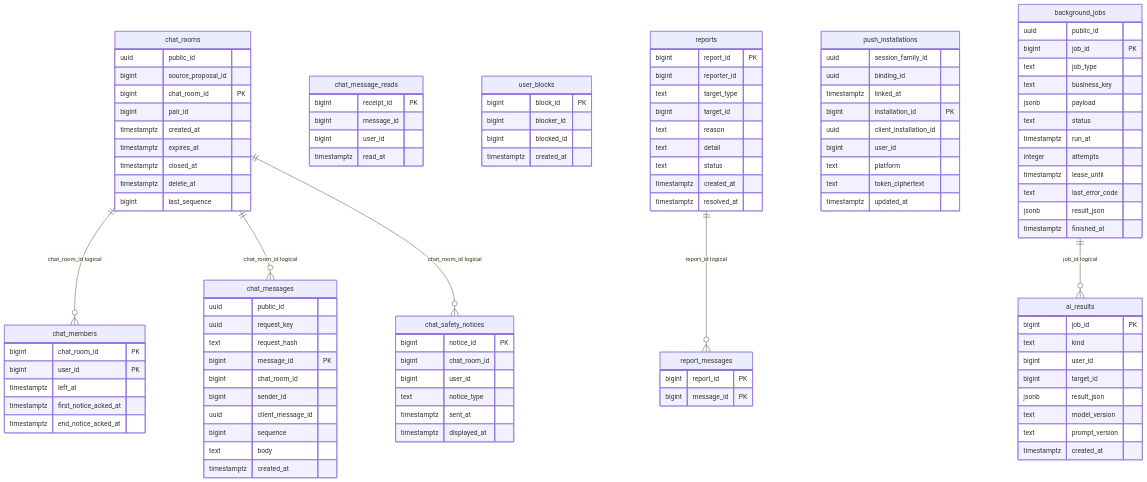
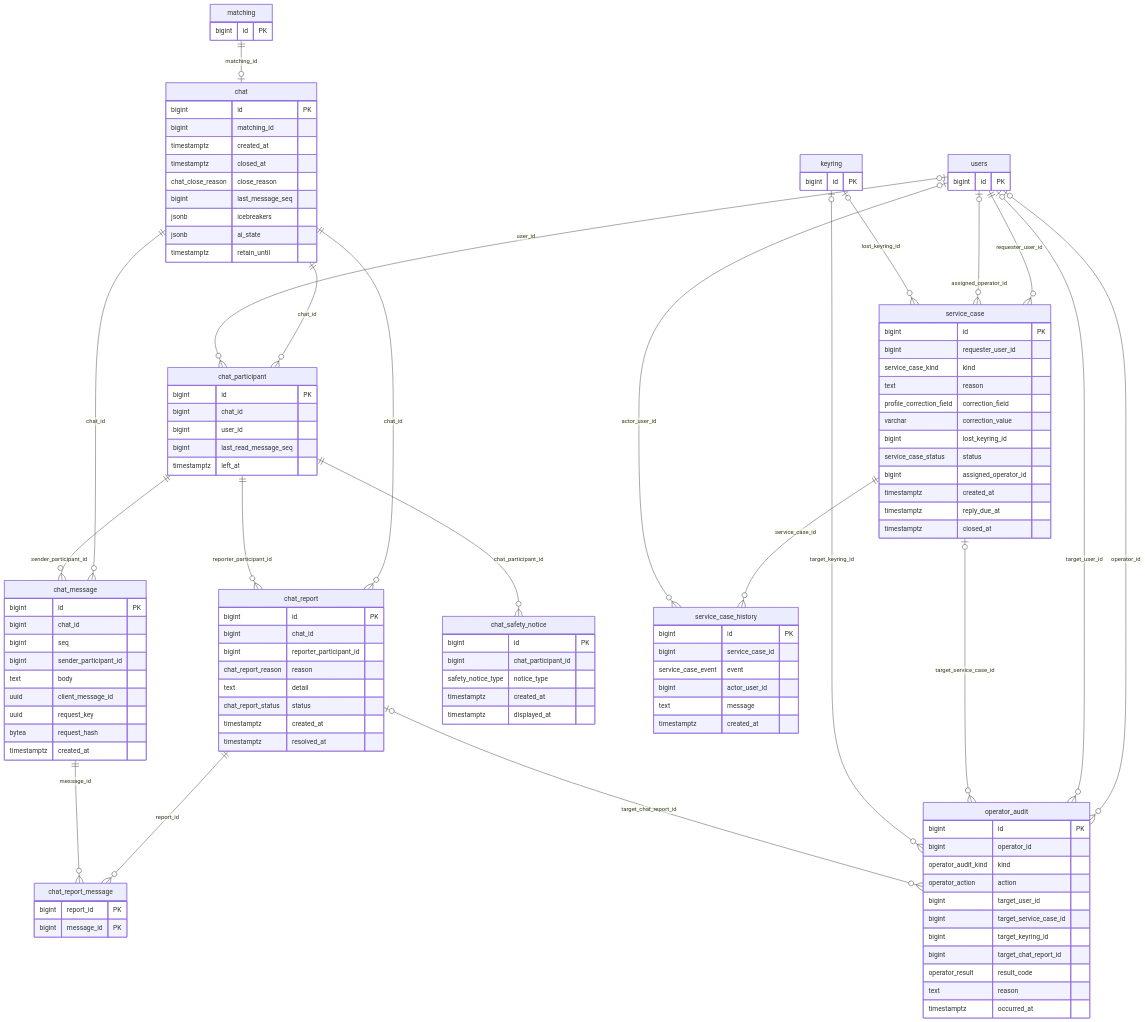
One commit to j-moo/Tingle changed the diagram in docs/database/erd-4.mmd. Above: the diagram before and after it, drawn with Mermaid. The commit also changed 33 other files, not shown here.

Commit message:
docs: 최신 21개 테이블 기준 담당 API와 ERD 문서 정합화

```diff
--- a/docs/database/erd-4.mmd
+++ b/docs/database/erd-4.mmd
@@ -1,106 +1,116 @@
+%% ERD21 design view; relationships are logical, not production FK proof.
 erDiagram
-    chat_rooms {
-        uuid public_id
-        bigint source_proposal_id
-        bigint chat_room_id PK
-        bigint pair_id
+    chat {
+        bigint id PK
+        bigint matching_id
         timestamptz created_at
-        timestamptz expires_at
         timestamptz closed_at
-        timestamptz delete_at
-        bigint last_sequence
+        chat_close_reason close_reason
+        bigint last_message_seq
+        jsonb icebreakers
+        jsonb ai_state
+        timestamptz retain_until
     }
-    chat_members {
-        bigint chat_room_id PK
-        bigint user_id PK
+    chat_participant {
+        bigint id PK
+        bigint chat_id
+        bigint user_id
+        bigint last_read_message_seq
         timestamptz left_at
-        timestamptz first_notice_acked_at
-        timestamptz end_notice_acked_at
     }
-    chat_messages {
-        uuid public_id
+    chat_message {
+        bigint id PK
+        bigint chat_id
+        bigint seq
+        bigint sender_participant_id
+        text body
+        uuid client_message_id
         uuid request_key
-        text request_hash
-        bigint message_id PK
-        bigint chat_room_id
-        bigint sender_id
-        uuid client_message_id
-        bigint sequence
-        text body
+        bytea request_hash
         timestamptz created_at
     }
-    chat_message_reads {
-        bigint receipt_id PK
-        bigint message_id
-        bigint user_id
-        timestamptz read_at
-    }
-    chat_safety_notices {
-        bigint notice_id PK
-        bigint chat_room_id
-        bigint user_id
-        text notice_type
-        timestamptz sent_at
-        timestamptz displayed_at
-    }
-    user_blocks {
-        bigint block_id PK
-        bigint blocker_id
-        bigint blocked_id
-        timestamptz created_at
-    }
-    reports {
-        bigint report_id PK
-        bigint reporter_id
-        text target_type
-        bigint target_id
-        text reason
+    chat_report {
+        bigint id PK
+        bigint chat_id
+        bigint reporter_participant_id
+        chat_report_reason reason
         text detail
-        text status
+        chat_report_status status
         timestamptz created_at
         timestamptz resolved_at
     }
-    report_messages {
+    chat_report_message {
         bigint report_id PK
         bigint message_id PK
     }
-    ai_results {
-        bigint job_id PK
-        text kind
-        bigint user_id
-        bigint target_id
-        jsonb result_json
-        text model_version
-        text prompt_version
+    chat_safety_notice {
+        bigint id PK
+        bigint chat_participant_id
+        safety_notice_type notice_type
+        timestamptz created_at
+        timestamptz displayed_at
+    }
+    operator_audit {
+        bigint id PK
+        bigint operator_id
+        operator_audit_kind kind
+        operator_action action
+        bigint target_user_id
+        bigint target_service_case_id
+        bigint target_keyring_id
+        bigint target_chat_report_id
+        operator_result result_code
+        text reason
+        timestamptz occurred_at
+    }
+    service_case {
+        bigint id PK
+        bigint requester_user_id
+        service_case_kind kind
+        text reason
+        profile_correction_field correction_field
+        varchar correction_value
+        bigint lost_keyring_id
+        service_case_status status
+        bigint assigned_operator_id
+        timestamptz created_at
+        timestamptz reply_due_at
+        timestamptz closed_at
+    }
+    service_case_history {
+        bigint id PK
+        bigint service_case_id
+        service_case_event event
+        bigint actor_user_id
+        text message
         timestamptz created_at
     }
-    push_installations {
-        uuid session_family_id
-        uuid binding_id
-        timestamptz linked_at
-        bigint installation_id PK
-        uuid client_installation_id
-        bigint user_id
-        text platform
-        text token_ciphertext
-        timestamptz updated_at
+    keyring {
+        bigint id PK
     }
-    background_jobs {
-        uuid public_id
-        bigint job_id PK
-        text job_type
-        text business_key
-        jsonb payload
-        text status
-        timestamptz run_at
-        integer attempts
-        timestamptz lease_until
-        text last_error_code
-        jsonb result_json
-        timestamptz finished_at
+    matching {
+        bigint id PK
     }
-    chat_rooms ||--o{ chat_members : "chat_room_id logical"
-    chat_rooms ||--o{ chat_messages : "chat_room_id logical"
-    background_jobs ||--o{ ai_results : "job_id logical"
-    reports ||--o{ report_messages : "report_id logical"
-    chat_rooms ||--o{ chat_safety_notices : "chat_room_id logical"
+    users {
+        bigint id PK
+    }
+    users o|--o{ operator_audit : "operator_id"
+    chat ||--o{ chat_message : "chat_id"
+    chat_participant ||--o{ chat_message : "sender_participant_id"
+    matching ||--o| chat : "matching_id"
+    users ||--o{ service_case : "requester_user_id"
+    users o|--o{ service_case : "assigned_operator_id"
+    chat ||--o{ chat_participant : "chat_id"
+    users o|--o{ chat_participant : "user_id"
+    chat ||--o{ chat_report : "chat_id"
+    chat_participant ||--o{ chat_report : "reporter_participant_id"
+    chat_report ||--o{ chat_report_message : "report_id"
+    chat_message ||--o{ chat_report_message : "message_id"
+    chat_participant ||--o{ chat_safety_notice : "chat_participant_id"
+    keyring o|--o{ service_case : "lost_keyring_id"
+    service_case ||--o{ service_case_history : "service_case_id"
+    users o|--o{ service_case_history : "actor_user_id"
+    users o|--o{ operator_audit : "target_user_id"
+    service_case o|--o{ operator_audit : "target_service_case_id"
+    keyring o|--o{ operator_audit : "target_keyring_id"
+    chat_report o|--o{ operator_audit : "target_chat_report_id"
```
